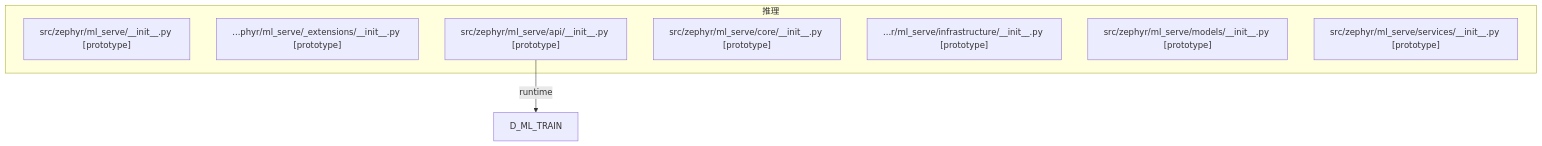
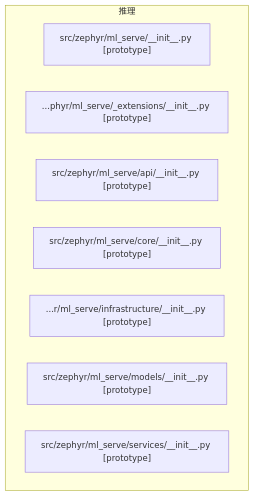
The diagram in docs/02_enterprise_architecture/generated/domains/d_ml_serve_dependency.mmd (xuanFelixVan/ZephyrAlpha), drawn with Mermaid before and after one commit. The commit also changed 102 other files, not shown here.

```diff
--- a/docs/02_enterprise_architecture/generated/domains/d_ml_serve_dependency.mmd
+++ b/docs/02_enterprise_architecture/generated/domains/d_ml_serve_dependency.mmd
@@ -1,30 +1,28 @@
 %% D_ML_SERVE 域全景依赖图
-%% 生成时间: 2026-07-19 01:21:45
+%% 生成时间: 2026-07-19 01:29:29
 %% 数据源: depgraph (PostgreSQL) nodes表 + edges表
-%% 模块数: 7, 依赖边数: 1
+%% 模块数: 7, 依赖边数: 0
 
 graph TD
 
     %% 域内模块（最多显示 100 个）
     subgraph D_ML_SERVE[推理]
         src_zephyr_ml_serve___init___py["src/zephyr/ml_serve/__init__.py [prototype]"]
         src_zephyr_ml_serve__extensions___init___py["...phyr/ml_serve/_extensions/__init__.py [prototype]"]
         src_zephyr_ml_serve_api___init___py["src/zephyr/ml_serve/api/__init__.py [prototype]"]
         src_zephyr_ml_serve_core___init___py["src/zephyr/ml_serve/core/__init__.py [prototype]"]
         src_zephyr_ml_serve_infrastructure___init___py["...r/ml_serve/infrastructure/__init__.py [prototype]"]
         src_zephyr_ml_serve_models___init___py["src/zephyr/ml_serve/models/__init__.py [prototype]"]
         src_zephyr_ml_serve_services___init___py["src/zephyr/ml_serve/services/__init__.py [prototype]"]
     end
 
     %% 域内依赖（最多显示 80 条）
 
     %% 跨域依赖（入）- 最多显示 30 条
 
     %% 跨域依赖（出）- 最多显示 30 条
-    %% D_ML_SERVE -> D_ML_TRAIN (1 条)
-    src_zephyr_ml_serve_api___init___py -->|runtime| D_ML_TRAIN[D_ML_TRAIN]
 
     %% 统计
     %% 域内依赖: 0 条
     %% 跨域入边: 0 条
-    %% 跨域出边: 1 条
+    %% 跨域出边: 0 条
```
